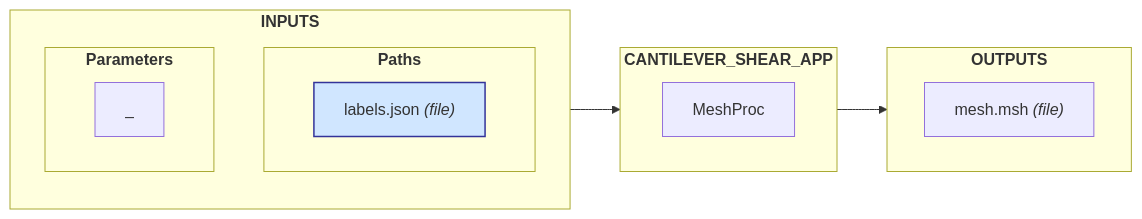
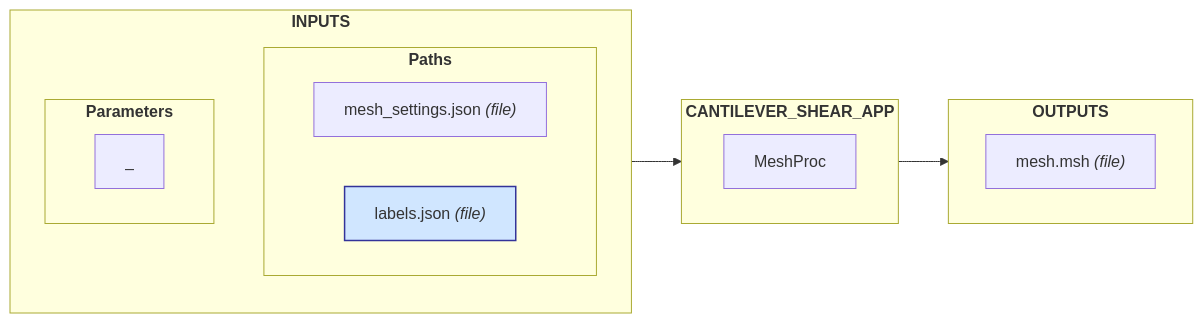
One commit to nuremics/sim-labs changed the tenth of 12 diagrams in src/nuremics_labs/apps/simulation/CANTILEVER_SHEAR_APP/README.md. Above: the diagram before and after it, drawn with Mermaid. The commit also changed other lines of this file and 6 other files, not shown here.

````diff
--- a/src/nuremics_labs/apps/simulation/CANTILEVER_SHEAR_APP/README.md
+++ b/src/nuremics_labs/apps/simulation/CANTILEVER_SHEAR_APP/README.md
@@ -224,33 +286,34 @@
 ```mermaid
 flowchart LR
   subgraph Inputs[<b>INPUTS<b>]
     direction TB
 
     subgraph Paths[<b>Paths<b>]
       direction LR
-      path1["labels.json <i>(file)<i>"]
+      path1["mesh_settings.json <i>(file)<i>"]
+      path2["labels.json <i>(file)<i>"]
     end
 
     subgraph Parameters[<b>Parameters<b>]
       direction LR
       param1["_"]
     end
 
   end
 
   subgraph App[<b>CANTILEVER_SHEAR_APP<b>]
     direction RL
     proc["MeshProc"]
   end
 
   subgraph Outputs[<b>OUTPUTS<b>]
     direction RL
     out3["mesh.msh <i>(file)<i>"]
   end
 
   Inputs --> proc
   proc --> Outputs
 
   classDef blueBox fill:#d0e6ff,stroke:#339,stroke-width:1.5px;
-  class path1 blueBox;
+  class path2 blueBox;
 ```
````
